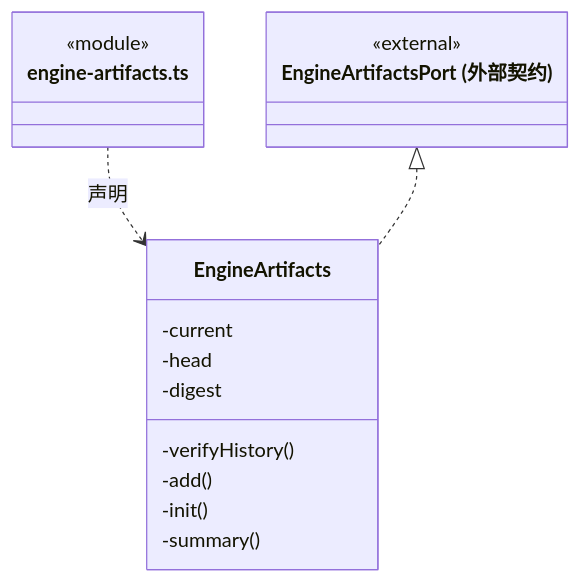
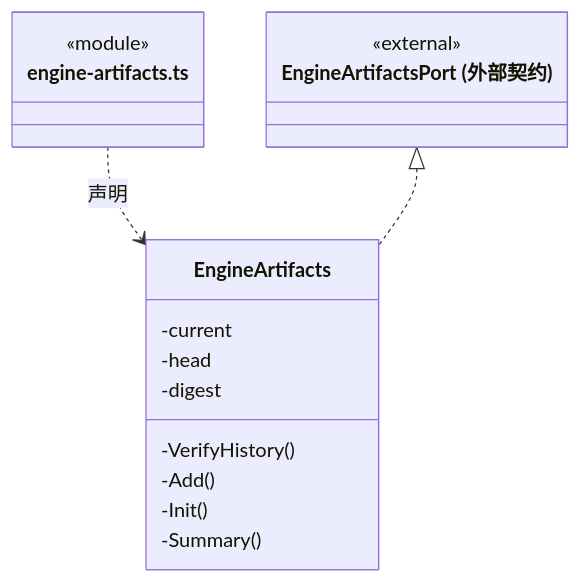
One commit to nan023062/cbim changed the fifth of 28 diagrams in src/logic/updates/service/ARCHITECTURE.md. Above: the diagram before and after it, drawn with Mermaid. The commit also changed other lines of this file and 1035 other files, not shown here.

````diff
--- a/src/logic/updates/service/ARCHITECTURE.md
+++ b/src/logic/updates/service/ARCHITECTURE.md
@@ -143,20 +143,20 @@
 ```mermaid
 classDiagram
 class N_src_logic_updates_service_engine_artifacts_ts["engine-artifacts.ts"] {
   <<module>>
 }
 class N_src_logic_updates_service_engine_artifacts_ts_EngineArtifacts["EngineArtifacts"] {
   -current
   -head
   -digest
-  -verifyHistory()
-  -add()
-  -init()
-  -summary()
+  -VerifyHistory()
+  -Add()
+  -Init()
+  -Summary()
 }
 N_src_logic_updates_service_engine_artifacts_ts ..> N_src_logic_updates_service_engine_artifacts_ts_EngineArtifacts : 声明
 class N_src_logic_updates_service_engine_artifacts_ts_external_EngineArtifactsPort["EngineArtifactsPort (外部契约)"] {
   <<external>>
 }
 N_src_logic_updates_service_engine_artifacts_ts_external_EngineArtifactsPort <|.. N_src_logic_updates_service_engine_artifacts_ts_EngineArtifacts
 ```
````
